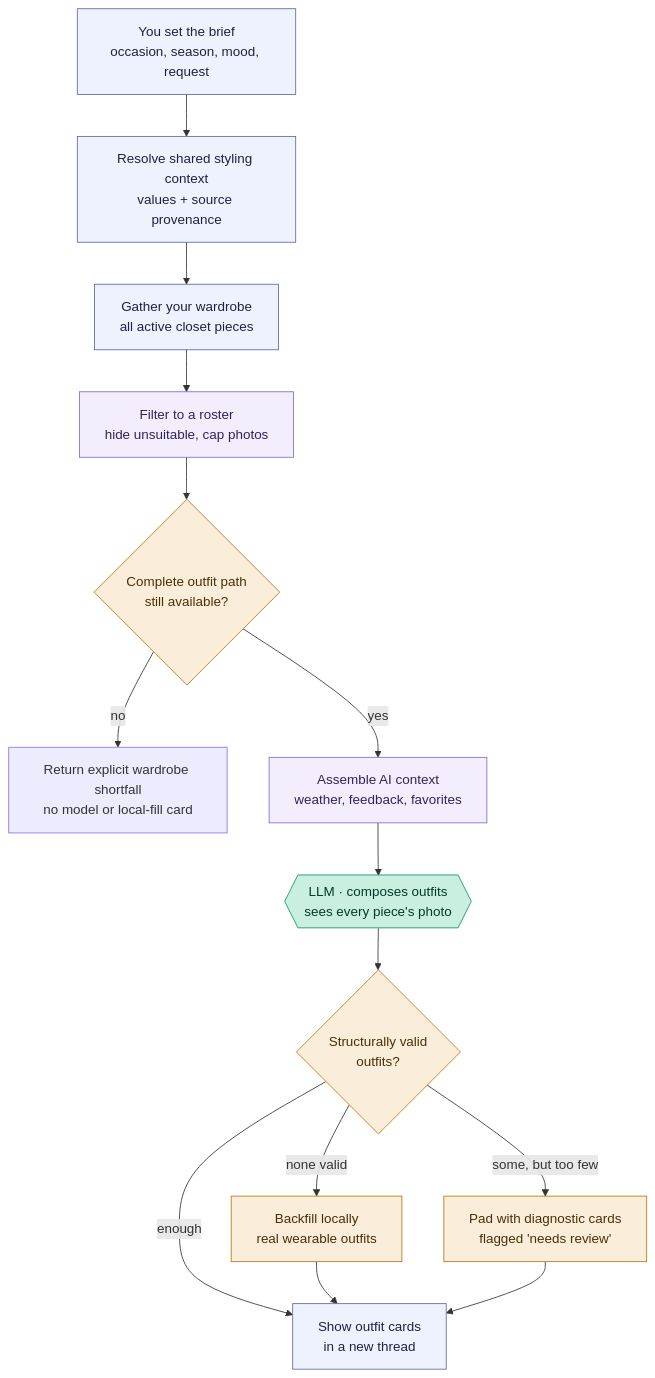
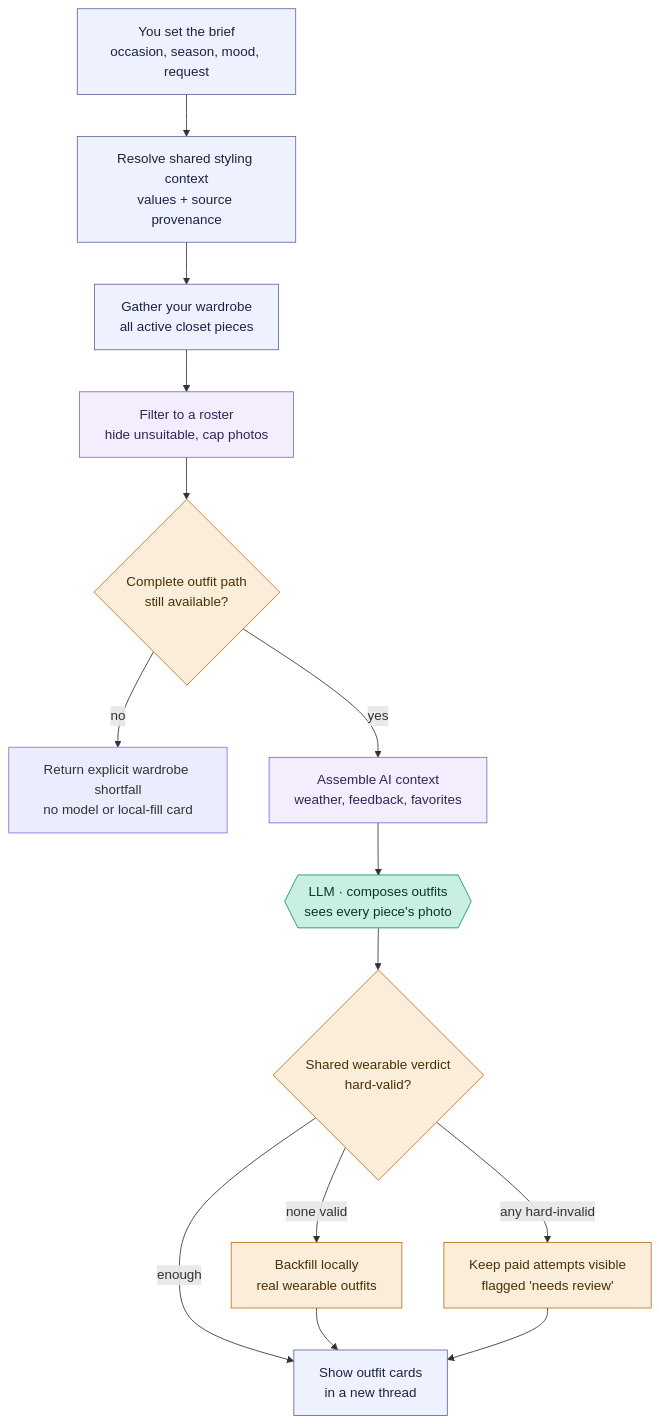
One commit to yunap/closet changed the second of 4 diagrams in docs/flows/use-my-wardrobe.md. Above: the diagram before and after it, drawn with Mermaid. The commit also changed other lines of this file and 21 other files, not shown here.

````diff
--- a/docs/flows/use-my-wardrobe.md
+++ b/docs/flows/use-my-wardrobe.md
@@ -32,23 +32,23 @@
 ```mermaid
 flowchart TD
     A["You set the brief<br/>occasion, season, mood, request"] --> X["Resolve shared styling context<br/>values + source provenance"]
     X --> B["Gather your wardrobe<br/>all active closet pieces"]
     B --> C["Filter to a roster<br/>hide unsuitable, cap photos"]
     C --> Q{"Complete outfit path<br/>still available?"}
     Q -->|no| S["Return explicit wardrobe shortfall<br/>no model or local-fill card"]
     Q -->|yes| D["Assemble AI context<br/>weather, feedback, favorites"]
     D --> E{{"LLM · composes outfits<br/>sees every piece's photo"}}
-    E --> F{"Structurally valid<br/>outfits?"}
+    E --> F{"Shared wearable verdict<br/>hard-valid?"}
     F -->|enough| I["Show outfit cards<br/>in a new thread"]
     F -->|none valid| G["Backfill locally<br/>real wearable outfits"] --> I
-    F -->|some, but too few| H["Pad with diagnostic cards<br/>flagged 'needs review'"] --> I
+    F -->|any hard-invalid| H["Keep paid attempts visible<br/>flagged 'needs review'"] --> I
 
     classDef app fill:#eef2ff,stroke:#6366a0,color:#1e2140;
     classDef rules fill:#f3edfe,stroke:#7c6bd6,color:#2f2557;
     classDef model fill:#c9efe0,stroke:#0f8f68,color:#06382b;
     classDef check fill:#faeeda,stroke:#ba7517,color:#4a2f06;
     class A,X,B,I app;
     class C,D rules;
     class E model;
     class Q,F,G,H check;
 ```
````
